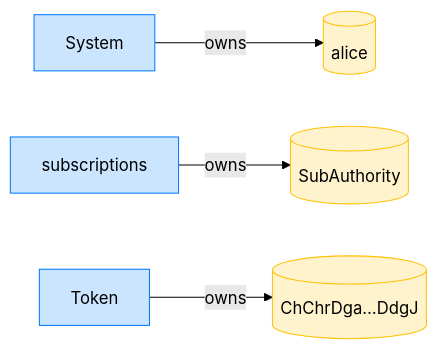
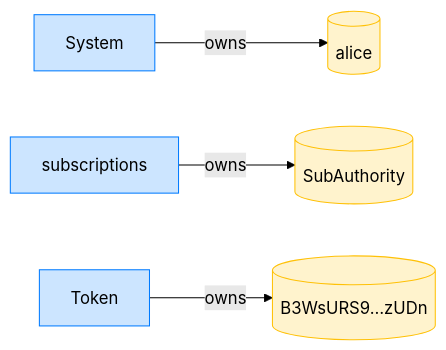
One commit to cds-rs/subscriptions changed the fourth of 8 diagrams in dsl_tests/revoke--writable-accounts-must-be-writable.md. Above: the diagram before and after it, drawn with Mermaid (forest theme). The commit also changed other lines of this file and 224 other files, not shown here.

````diff
--- a/dsl_tests/revoke--writable-accounts-must-be-writable.md
+++ b/dsl_tests/revoke--writable-accounts-must-be-writable.md
@@ -71,14 +76,14 @@
 ```mermaid
 flowchart LR
     classDef owner fill:#cce5ff,stroke:#007bff;
     classDef account fill:#fff3cd,stroke:#ffc107;
     System[System]:::owner
     alice[(alice)]:::account
     subscriptions[subscriptions]:::owner
     SubAuthority[(SubAuthority)]:::account
     Token[Token]:::owner
-    ChChrDga_DdgJ[("ChChrDga…DdgJ")]:::account
+    B3WsURS9_zUDn[("B3WsURS9…zUDn")]:::account
     System -->|owns| alice
     subscriptions -->|owns| SubAuthority
-    Token -->|owns| ChChrDga_DdgJ
+    Token -->|owns| B3WsURS9_zUDn
 ```
````
